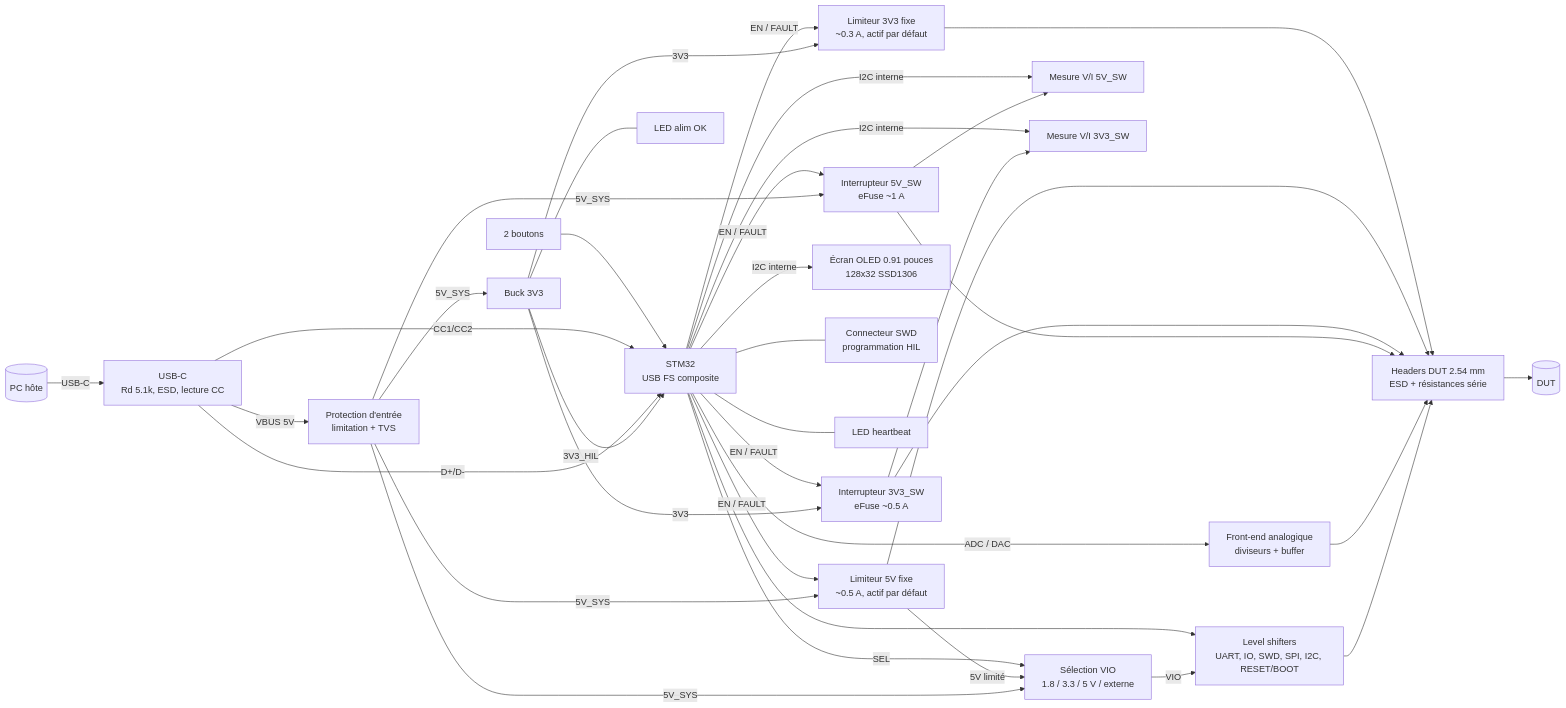
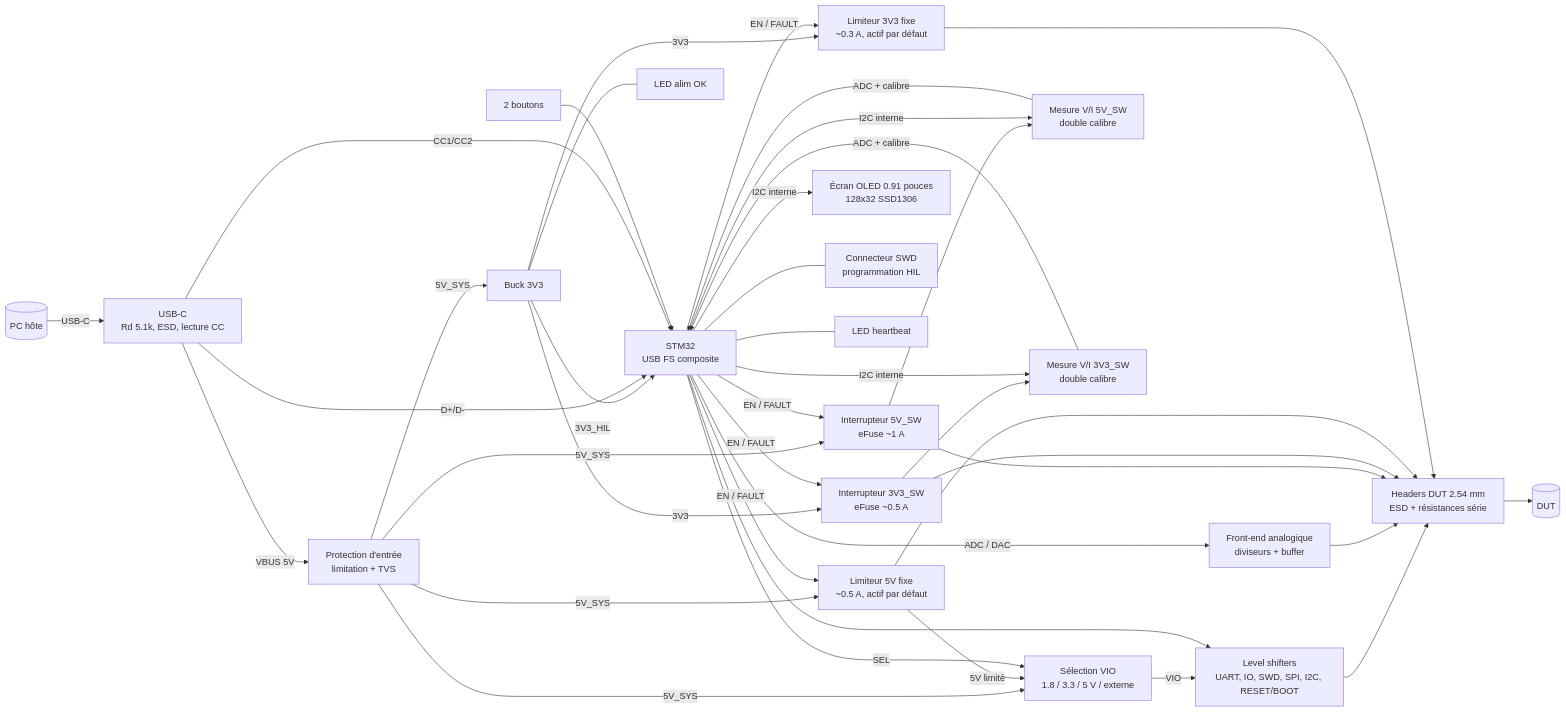
Before and after one commit to AlksGit/OOTY-: the diagram in SPEC.md, drawn with Mermaid. The commit also changed other lines of this file and 3 other files, not shown here.

````diff
--- a/SPEC.md
+++ b/SPEC.md
@@ -22,39 +22,41 @@
 ```mermaid
 flowchart LR
     PC[(PC hôte)] -- USB-C --> USBC[USB-C<br/>Rd 5.1k, ESD, lecture CC]
     USBC -- VBUS 5V --> INPROT[Protection d'entrée<br/>limitation + TVS]
     INPROT -- 5V_SYS --> REG33[Buck 3V3]
     REG33 -- 3V3_HIL --> MCU
     INPROT -- 5V_SYS --> SW5F[Limiteur 5V fixe<br/>~0.5 A, actif par défaut]
     INPROT -- 5V_SYS --> SW5[Interrupteur 5V_SW<br/>eFuse ~1 A]
     REG33 -- 3V3 --> SW33F[Limiteur 3V3 fixe<br/>~0.3 A, actif par défaut]
     REG33 -- 3V3 --> SW33[Interrupteur 3V3_SW<br/>eFuse ~0.5 A]
     INPROT -- 5V_SYS --> VIOGEN[Sélection VIO<br/>1.8 / 3.3 / 5 V / externe]
     SW5F -- 5V limité --> VIOGEN
-    SW5 --> INA5[Mesure V/I 5V_SW]
-    SW33 --> INA33[Mesure V/I 3V3_SW]
+    SW5 --> INA5[Mesure V/I 5V_SW<br/>double calibre]
+    SW33 --> INA33[Mesure V/I 3V3_SW<br/>double calibre]
     USBC -- D+/D- --> MCU[STM32<br/>USB FS composite]
     USBC -- CC1/CC2 --> MCU
     MCU -- EN / FAULT --> SW5
     MCU -- EN / FAULT --> SW33
     MCU -- EN / FAULT --> SW5F
     MCU -- EN / FAULT --> SW33F
     MCU -- I2C interne --> INA5
     MCU -- I2C interne --> INA33
+    INA5 -- ADC + calibre --> MCU
+    INA33 -- ADC + calibre --> MCU
     MCU -- I2C interne --> OLED[Écran OLED 0.91 pouces<br/>128x32 SSD1306]
     MCU -- SEL --> VIOGEN
     VIOGEN -- VIO --> LS[Level shifters<br/>UART, IO, SWD, SPI, I2C, RESET/BOOT]
     MCU --> LS
     MCU -- ADC / DAC --> ANA[Front-end analogique<br/>diviseurs + buffer]
     LS --> HDR[Headers DUT 2.54 mm<br/>ESD + résistances série]
     ANA --> HDR
     SW5 --> HDR
     SW33 --> HDR
     SW5F --> HDR
     SW33F --> HDR
     MCU --- DBG[Connecteur SWD<br/>programmation HIL]
     MCU --- LED[LED heartbeat]
     BTN[2 boutons] --> MCU
     REG33 --- LEDP[LED alim OK]
     HDR --> DUT[(DUT)]
 ```
````
